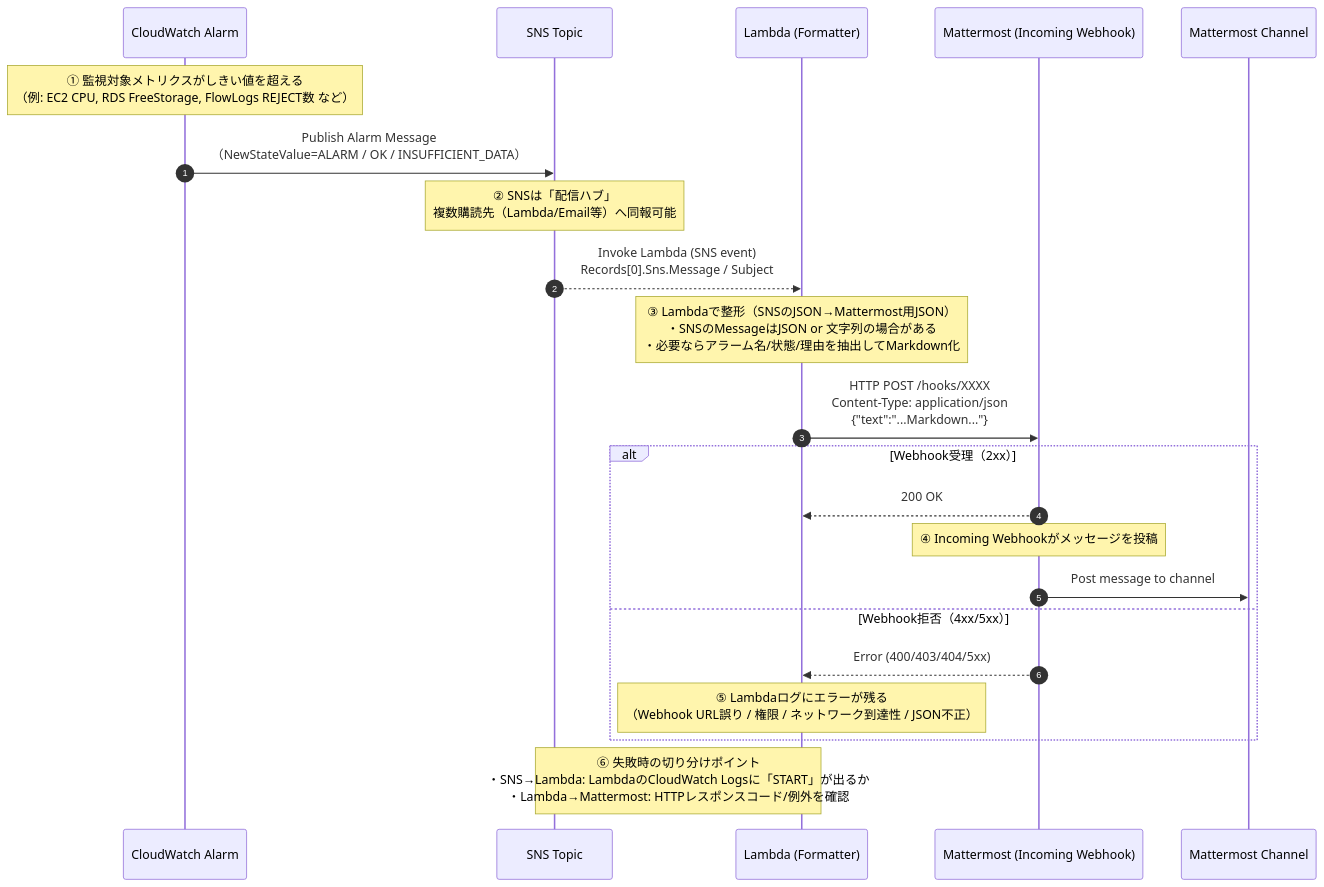
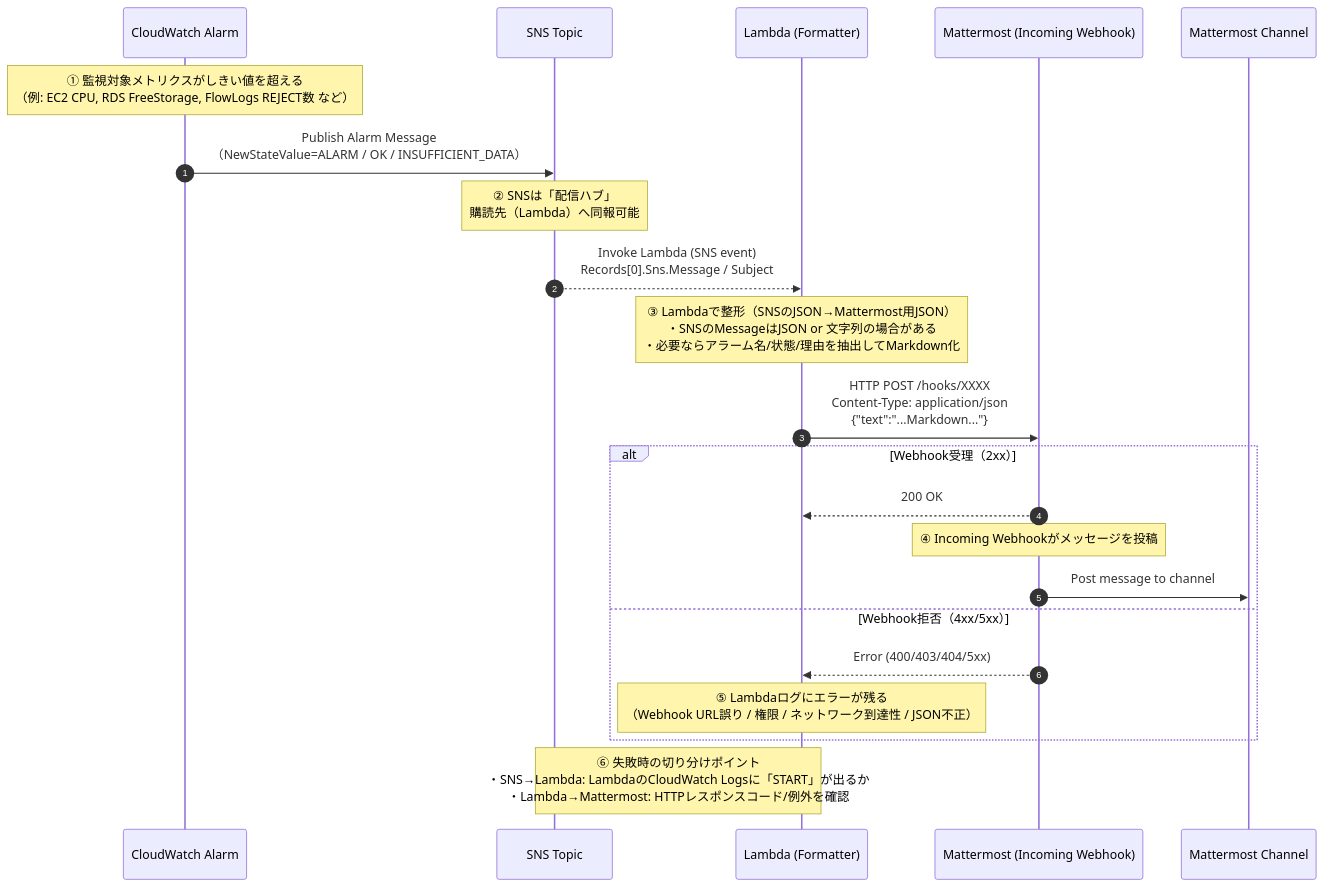
The fourth of 4 diagrams in README.md (hiro-53-RareTECH/kajimaru-app), drawn with Mermaid before and after one commit. The commit also changed other lines of this file, not shown here.

````diff
--- a/README.md
+++ b/README.md
@@ -1623,29 +1620,29 @@
 ```mermaid
 sequenceDiagram
     autonumber
     participant CW as CloudWatch Alarm
     participant SNS as SNS Topic
     participant L as Lambda (Formatter)
     participant MM as Mattermost (Incoming Webhook)
     participant CH as Mattermost Channel
 
     Note over CW: ① 監視対象メトリクスがしきい値を超える<br/>（例: EC2 CPU, RDS FreeStorage, FlowLogs REJECT数 など）
     CW->>SNS: Publish Alarm Message<br/>（NewStateValue=ALARM / OK / INSUFFICIENT_DATA）
 
-    Note over SNS: ② SNSは「配信ハブ」<br/>複数購読先（Lambda/Email等）へ同報可能
+    Note over SNS: ② SNSは「配信ハブ」<br/>購読先（Lambda）へ同報可能
     SNS-->>L: Invoke Lambda (SNS event)<br/>Records[0].Sns.Message / Subject
 
     Note over L: ③ Lambdaで整形（SNSのJSON→Mattermost用JSON）<br/>・SNSのMessageはJSON or 文字列の場合がある<br/>・必要ならアラーム名/状態/理由を抽出してMarkdown化
     L->>MM: HTTP POST /hooks/XXXX<br/>Content-Type: application/json<br/>{"text":"...Markdown..."}
 
     alt Webhook受理（2xx）
         MM-->>L: 200 OK
         Note over MM: ④ Incoming Webhookがメッセージを投稿
         MM->>CH: Post message to channel
     else Webhook拒否（4xx/5xx）
         MM-->>L: Error (400/403/404/5xx)
         Note over L: ⑤ Lambdaログにエラーが残る<br/>（Webhook URL誤り / 権限 / ネットワーク到達性 / JSON不正）
     end
 
     Note over L,SNS: ⑥ 失敗時の切り分けポイント<br/>・SNS→Lambda: LambdaのCloudWatch Logsに「START」が出るか<br/>・Lambda→Mattermost: HTTPレスポンスコード/例外を確認
 ```
````
